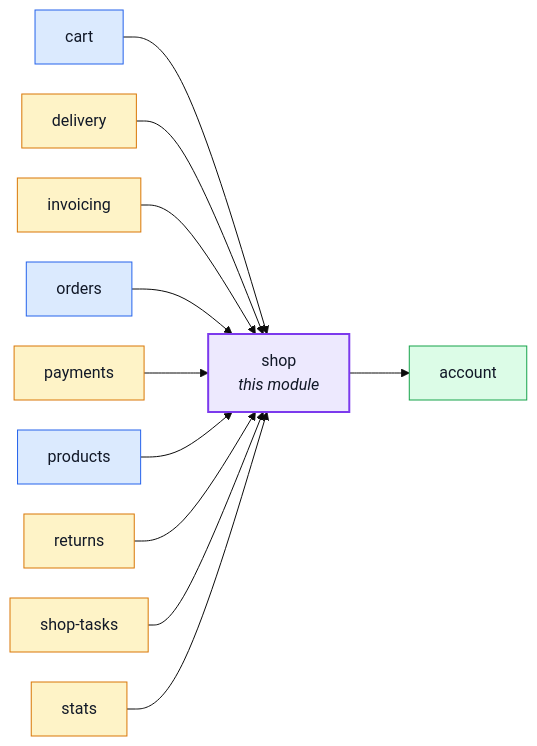
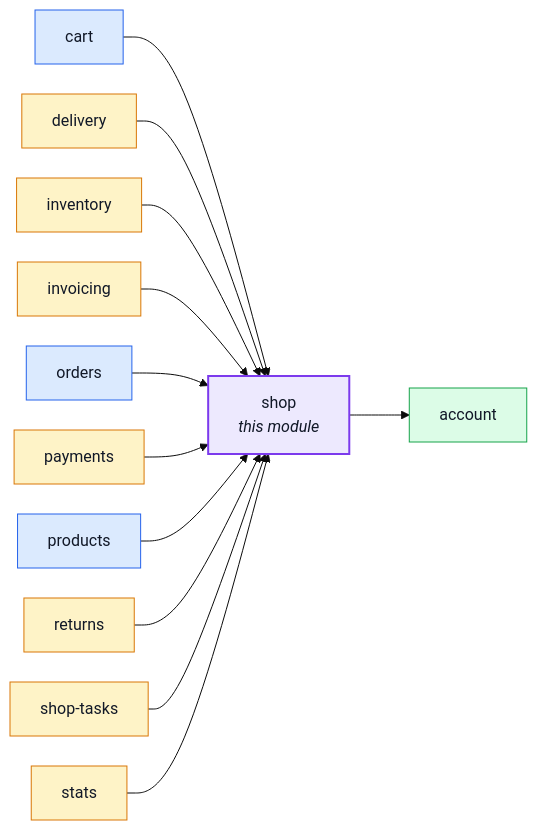
One commit to Guebbit/boilerplate-node-backend changed the diagram in docs/modules/shop.md. Above: the diagram before and after it, drawn with Mermaid (base theme). The commit also changed other lines of this file and 37 other files, not shown here.

````diff
--- a/docs/modules/shop.md
+++ b/docs/modules/shop.md
@@ -22,35 +22,37 @@
 ```mermaid
 %%{init: {'flowchart': {'nodeSpacing': 30, 'rankSpacing': 60}}}%%
 flowchart LR
     shop["shop<br/><i>this module</i>"]
     account["account"]
     cart["cart"]
     delivery["delivery"]
+    inventory["inventory"]
     invoicing["invoicing"]
     orders["orders"]
     payments["payments"]
     products["products"]
     returns["returns"]
     shop_tasks["shop-tasks"]
     stats["stats"]
 
     cart --> shop
     delivery --> shop
+    inventory --> shop
     invoicing --> shop
     orders --> shop
     payments --> shop
     products --> shop
     returns --> shop
     shop_tasks --> shop
     stats --> shop
     shop --> account
 
     classDef core fill:#dbeafe,stroke:#2563eb,color:#111827;
     classDef supporting fill:#fef3c7,stroke:#d97706,color:#111827;
     classDef generic fill:#dcfce7,stroke:#16a34a,color:#111827;
     classDef centre fill:#ede9fe,stroke:#7c3aed,stroke-width:2px,color:#111827;
     class cart,orders,products core;
-    class delivery,invoicing,payments,returns,shop_tasks,stats supporting;
+    class delivery,inventory,invoicing,payments,returns,shop_tasks,stats supporting;
     class account generic;
     class shop centre;
 ```
````
